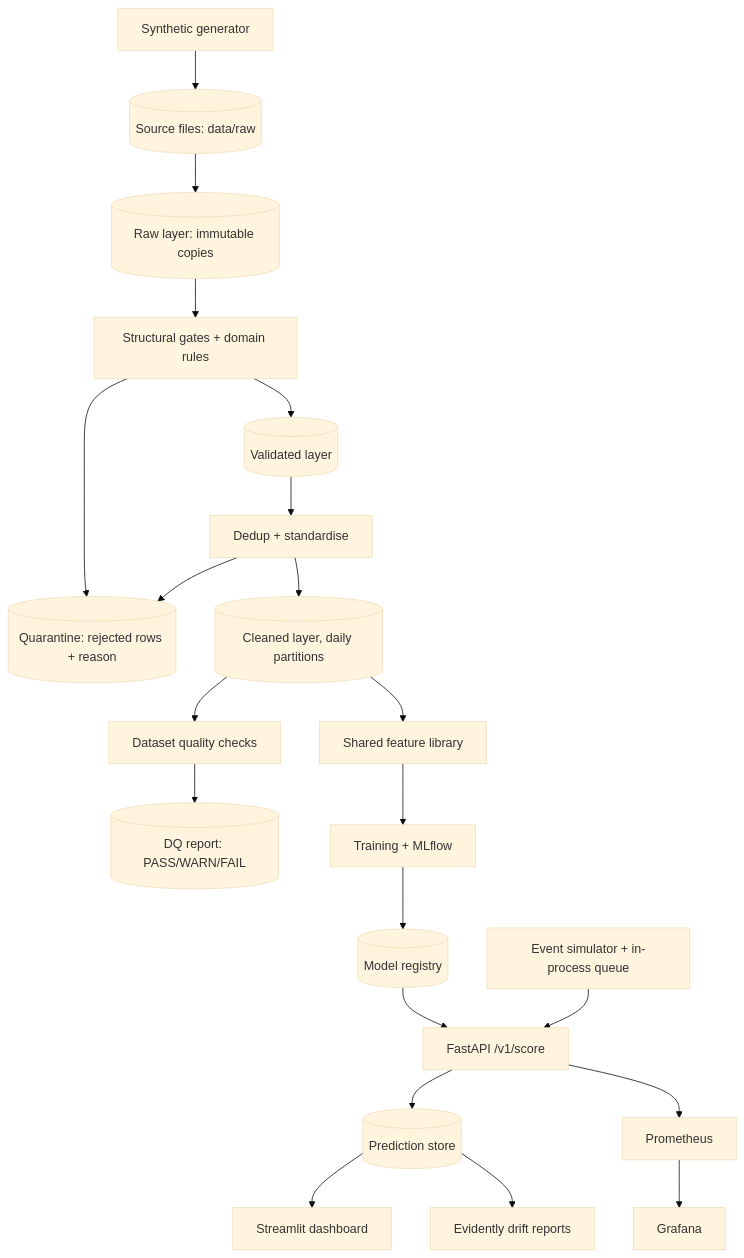
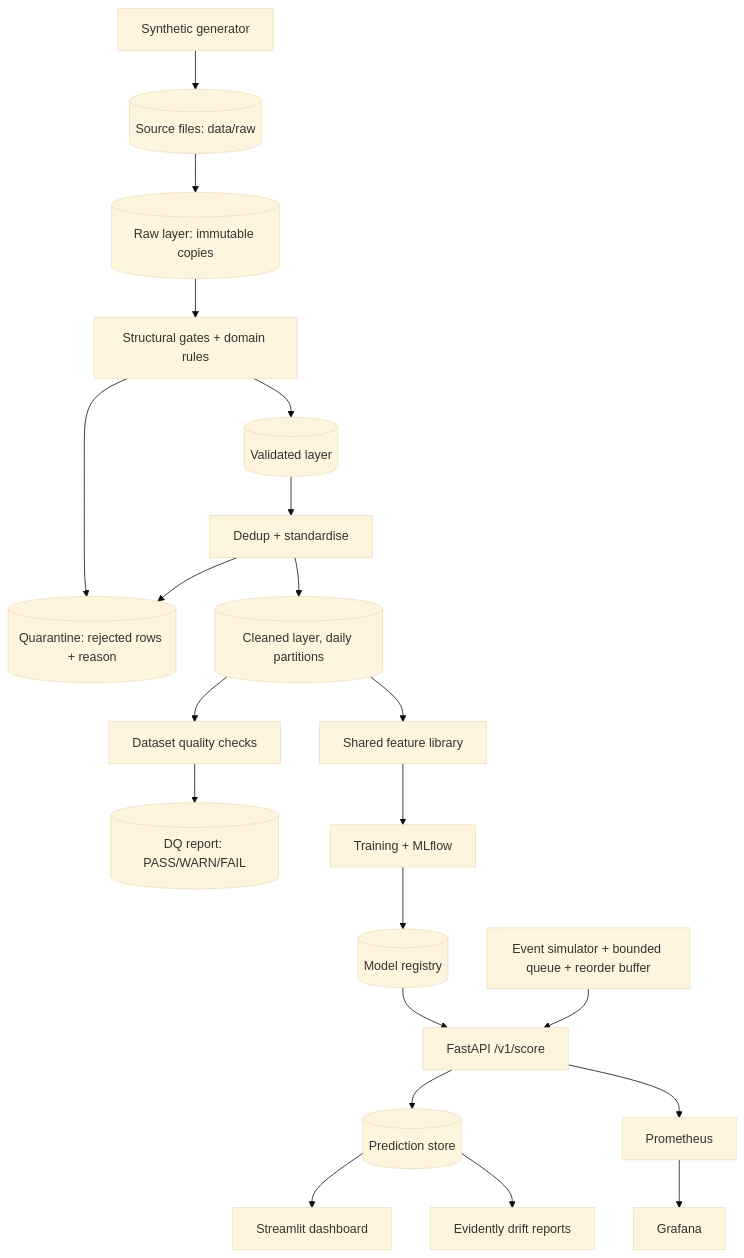
The diagram in docs/architecture.md (Chendy1/mobile-money-fraud-detection-platform), drawn with Mermaid (base theme) before and after one commit. The commit also changed 10 other files, not shown here.

````diff
--- a/docs/architecture.md
+++ b/docs/architecture.md
@@ -7,22 +7,22 @@
 ```mermaid
 flowchart TB
   G[Synthetic generator] --> L[(Source files: data/raw)]
   L --> RW[(Raw layer: immutable copies)]
   RW --> V[Structural gates + domain rules]
   V --> Q[(Quarantine: rejected rows + reason)]
   V --> VL[(Validated layer)]
   VL --> DD[Dedup + standardise]
   DD --> Q
   DD --> C[(Cleaned layer, daily partitions)]
   C --> DQ[Dataset quality checks]
   DQ --> RP[(DQ report: PASS/WARN/FAIL)]
   C --> F[Shared feature library]
   F --> T[Training + MLflow]
   T --> M[(Model registry)]
   M --> A[FastAPI /v1/score]
-  S[Event simulator + in-process queue] --> A
+  S[Event simulator + bounded queue + reorder buffer] --> A
   A --> P[(Prediction store)]
   P --> D[Streamlit dashboard]
   A --> PR[Prometheus] --> GR[Grafana]
   P --> E[Evidently drift reports]
 ```
````
